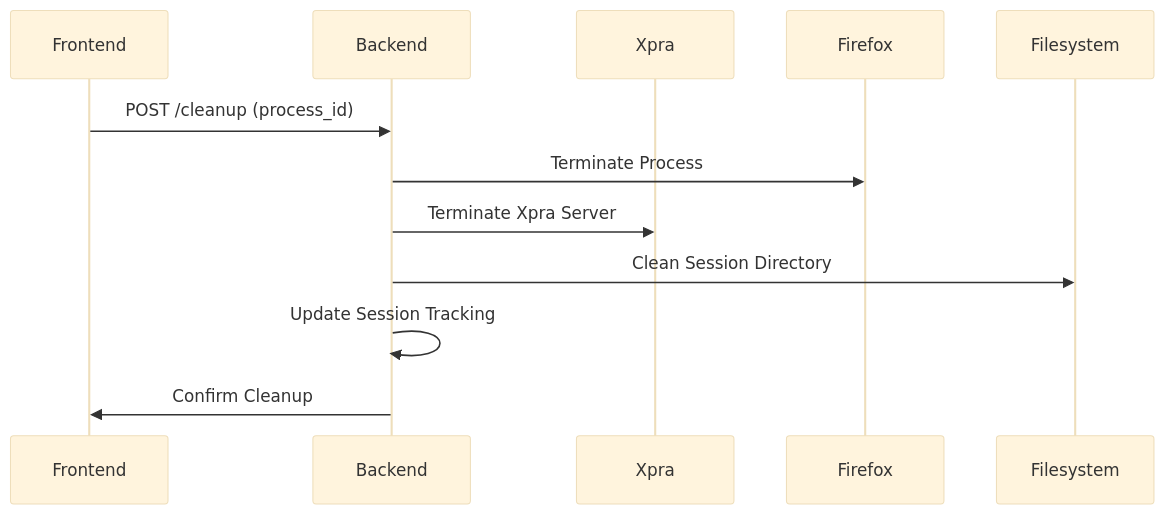
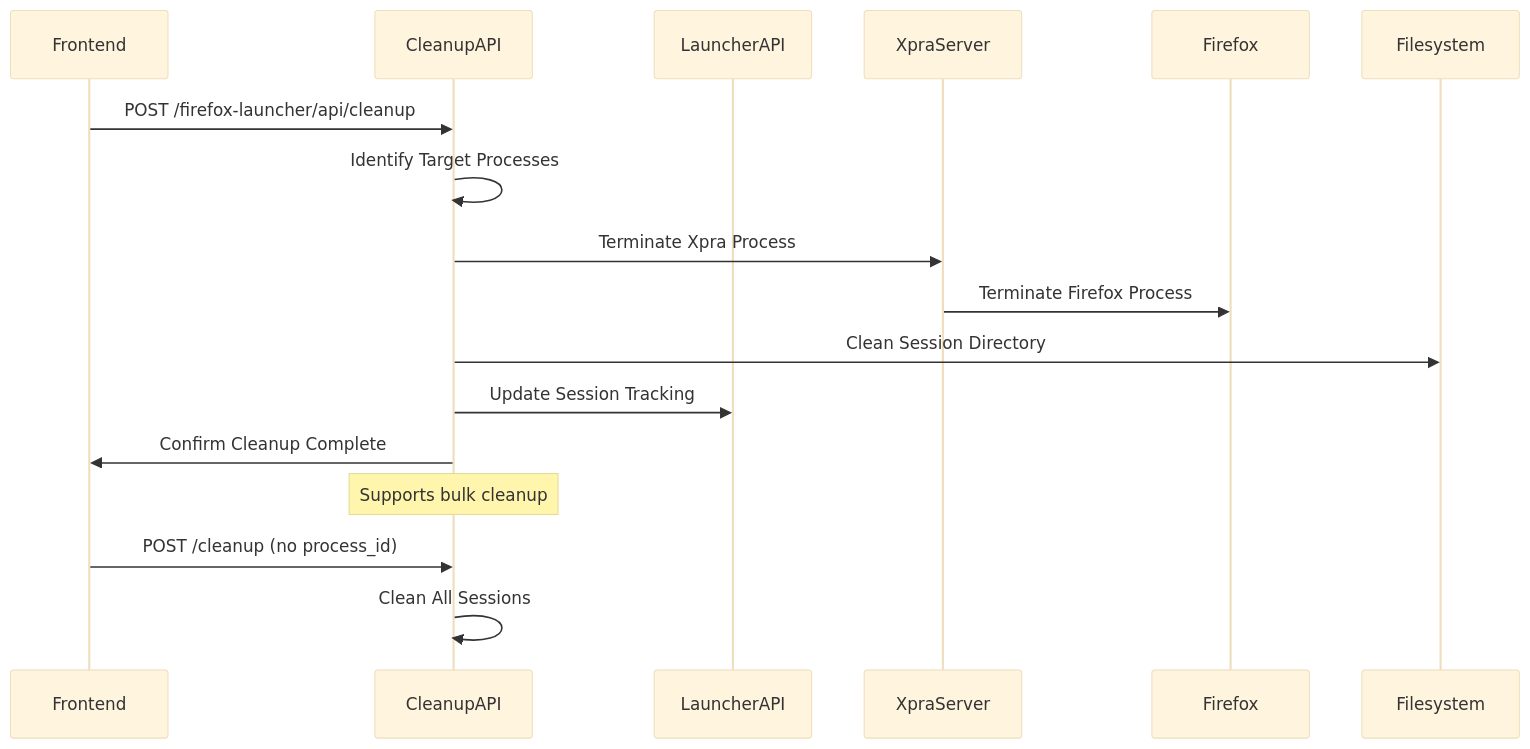
One commit to vantagecompute/jupyterlab-firefox-launcher changed the third of 3 diagrams in docs/architecture.md. Above: the diagram before and after it, drawn with Mermaid (base theme). The commit also changed other lines of this file and 10 other files, not shown here.

````diff
--- a/docs/architecture.md
+++ b/docs/architecture.md
@@ -195,15 +265,21 @@
 ```mermaid
 sequenceDiagram
     participant Frontend
-    participant Backend
-    participant Xpra
+    participant CleanupAPI
+    participant LauncherAPI
+    participant XpraServer
     participant Firefox
     participant Filesystem
 
-    Frontend->>Backend: POST /cleanup (process_id)
-    Backend->>Firefox: Terminate Process
-    Backend->>Xpra: Terminate Xpra Server
-    Backend->>Filesystem: Clean Session Directory
-    Backend->>Backend: Update Session Tracking
-    Backend->>Frontend: Confirm Cleanup
+    Frontend->>CleanupAPI: POST /firefox-launcher/api/cleanup
+    CleanupAPI->>CleanupAPI: Identify Target Processes
+    CleanupAPI->>XpraServer: Terminate Xpra Process
+    XpraServer->>Firefox: Terminate Firefox Process
+    CleanupAPI->>Filesystem: Clean Session Directory
+    CleanupAPI->>LauncherAPI: Update Session Tracking
+    CleanupAPI->>Frontend: Confirm Cleanup Complete
+    
+    Note over CleanupAPI: Supports bulk cleanup
+    Frontend->>CleanupAPI: POST /cleanup (no process_id)
+    CleanupAPI->>CleanupAPI: Clean All Sessions
 ```
````
